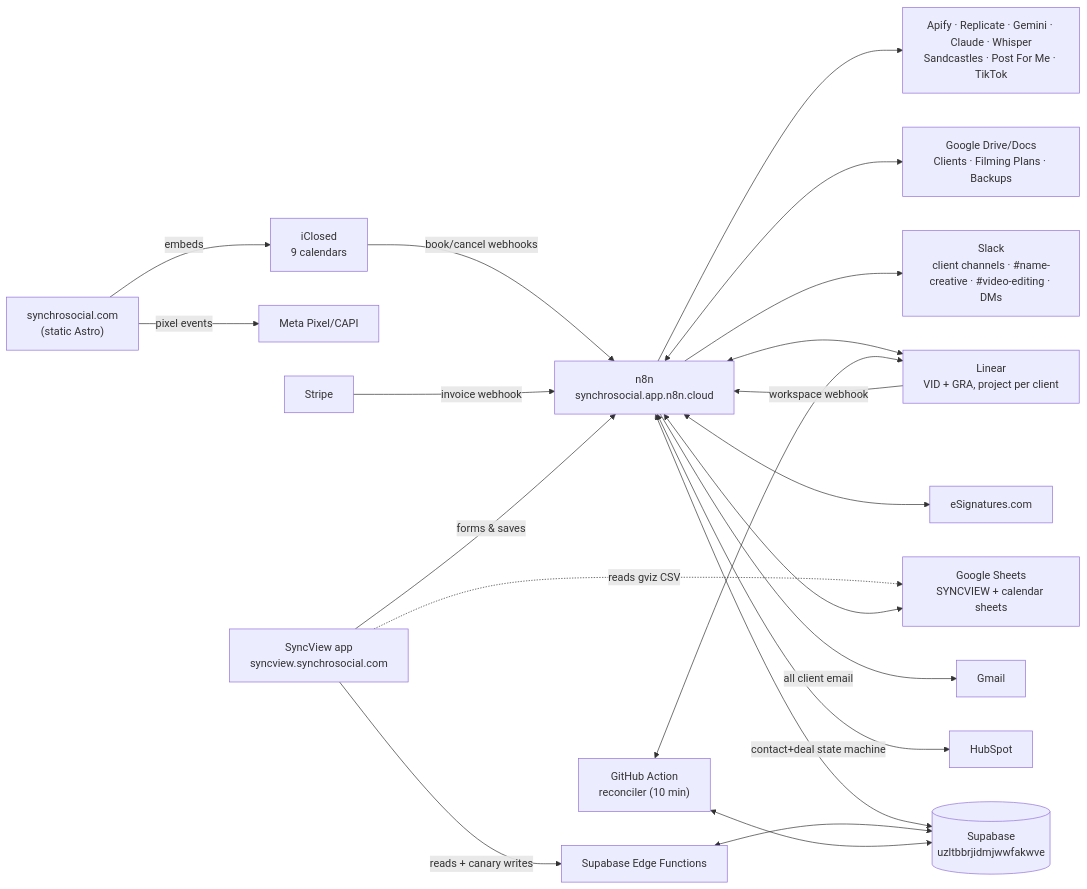
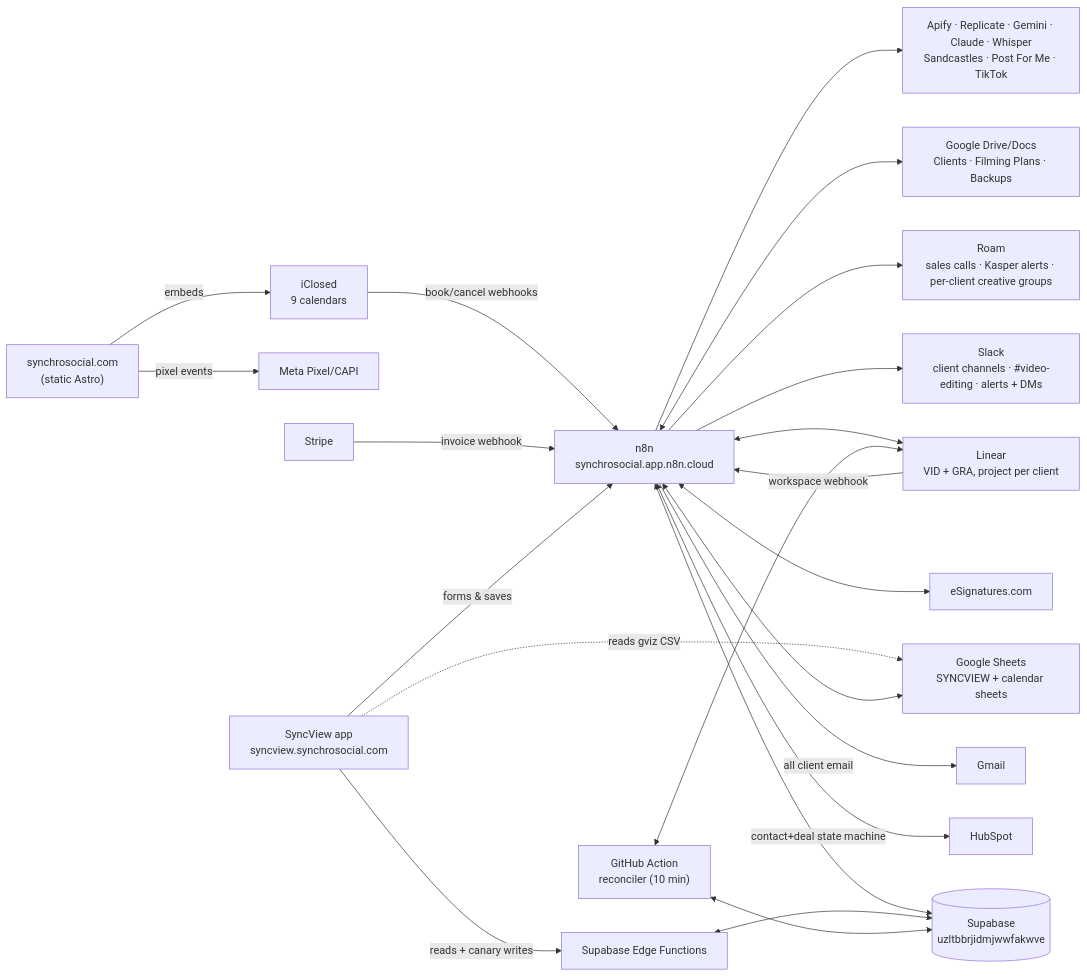
Before and after one commit to sidney-afk/client-analytics: the second of 2 diagrams in docs/CLIENT_LIFECYCLE_MAP.md, drawn with Mermaid. The commit also changed other lines of this file and 1 other file, not shown here.

First line of the commit message:
Audit CLIENT_LIFECYCLE_MAP: mirror retired, 7 new workflows, Roam/Telegram added (#1107)

````diff
--- a/docs/CLIENT_LIFECYCLE_MAP.md
+++ b/docs/CLIENT_LIFECYCLE_MAP.md
@@ -576,23 +693,24 @@
 ```mermaid
 flowchart LR
   SITE["synchrosocial.com<br/>(static Astro)"] -->|embeds| IC["iClosed<br/>9 calendars"]
   SITE -->|pixel events| META["Meta Pixel/CAPI"]
   IC -->|book/cancel webhooks| N8N["n8n<br/>synchrosocial.app.n8n.cloud"]
   N8N <-->|contact+deal state machine| HS["HubSpot"]
   N8N -->|all client email| GM["Gmail"]
   N8N <--> ES["eSignatures.com"]
   STR["Stripe"] -->|invoice webhook| N8N
   SV["SyncView app<br/>syncview.synchrosocial.com"] -->|forms & saves| N8N
   SV -->|reads + canary writes| EF["Supabase Edge Functions"]
   N8N <--> SB[("Supabase<br/>uzltbbrjidmjwwfakwve")]
   EF <--> SB
   SV -.->|reads gviz CSV| GS["Google Sheets<br/>SYNCVIEW + calendar sheets"]
   N8N <--> GS
   N8N <--> LIN["Linear<br/>VID + GRA, project per client"]
   LIN -->|workspace webhook| N8N
   GH["GitHub Action<br/>reconciler (10 min)"] <--> LIN
   GH <--> SB
-  N8N --> SLK["Slack<br/>client channels · #name-creative · #video-editing · DMs"]
+  N8N --> SLK["Slack<br/>client channels · #video-editing · alerts + DMs"]
+  N8N --> ROAM["Roam<br/>sales calls · Kasper alerts · per-client creative groups"]
   N8N <--> DRV["Google Drive/Docs<br/>Clients · Filming Plans · Backups"]
   N8N --> EXT["Apify · Replicate · Gemini · Claude · Whisper<br/>Sandcastles · Post For Me · TikTok"]
 ```
````
